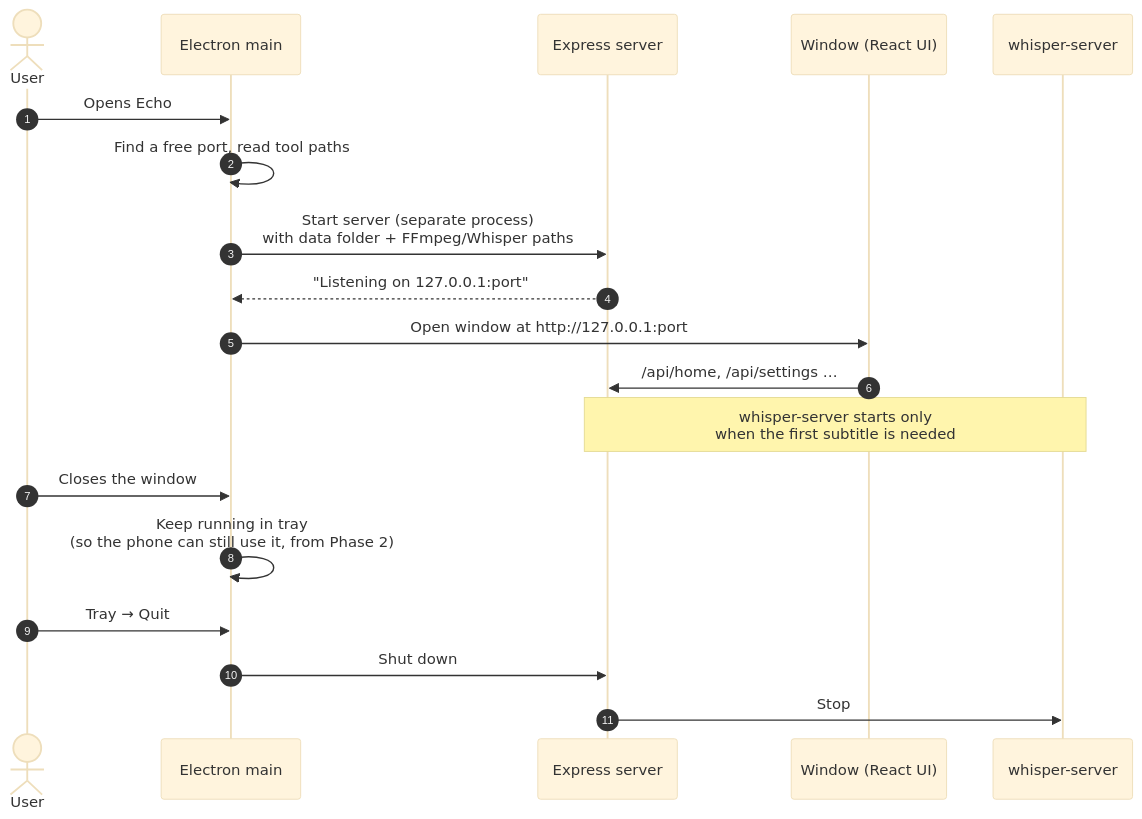
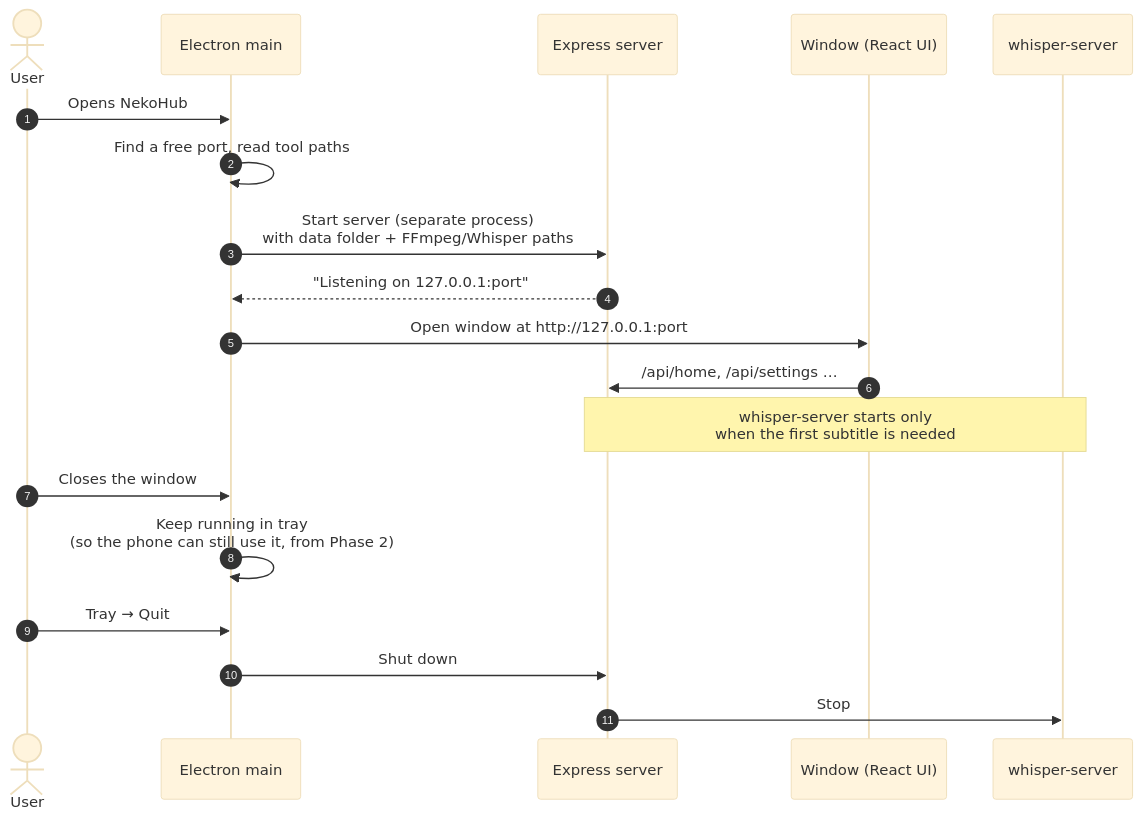
One commit to PrathameshBelvalkar/web-asmrone changed the fifth of 21 diagrams in PLAN.md. Above: the diagram before and after it, drawn with Mermaid (base theme). The commit also changed other lines of this file and 79 other files, not shown here.

First line of the commit message:
Rename the app from Echo to NekoHub

````diff
--- a/PLAN.md
+++ b/PLAN.md
@@ -282,22 +282,22 @@
 ```mermaid
 sequenceDiagram
     autonumber
     actor U as User
     participant M as Electron main
     participant S as Express server
     participant W as Window (React UI)
     participant WS as whisper-server
 
-    U->>M: Opens Echo
+    U->>M: Opens NekoHub
     M->>M: Find a free port, read tool paths
     M->>S: Start server (separate process)<br/>with data folder + FFmpeg/Whisper paths
     S-->>M: "Listening on 127.0.0.1:port"
     M->>W: Open window at http://127.0.0.1:port
     W->>S: /api/home, /api/settings …
     Note over S,WS: whisper-server starts only<br/>when the first subtitle is needed
     U->>M: Closes the window
     M->>M: Keep running in tray<br/>(so the phone can still use it, from Phase 2)
     U->>M: Tray → Quit
     M->>S: Shut down
     S->>WS: Stop
 ```
````
